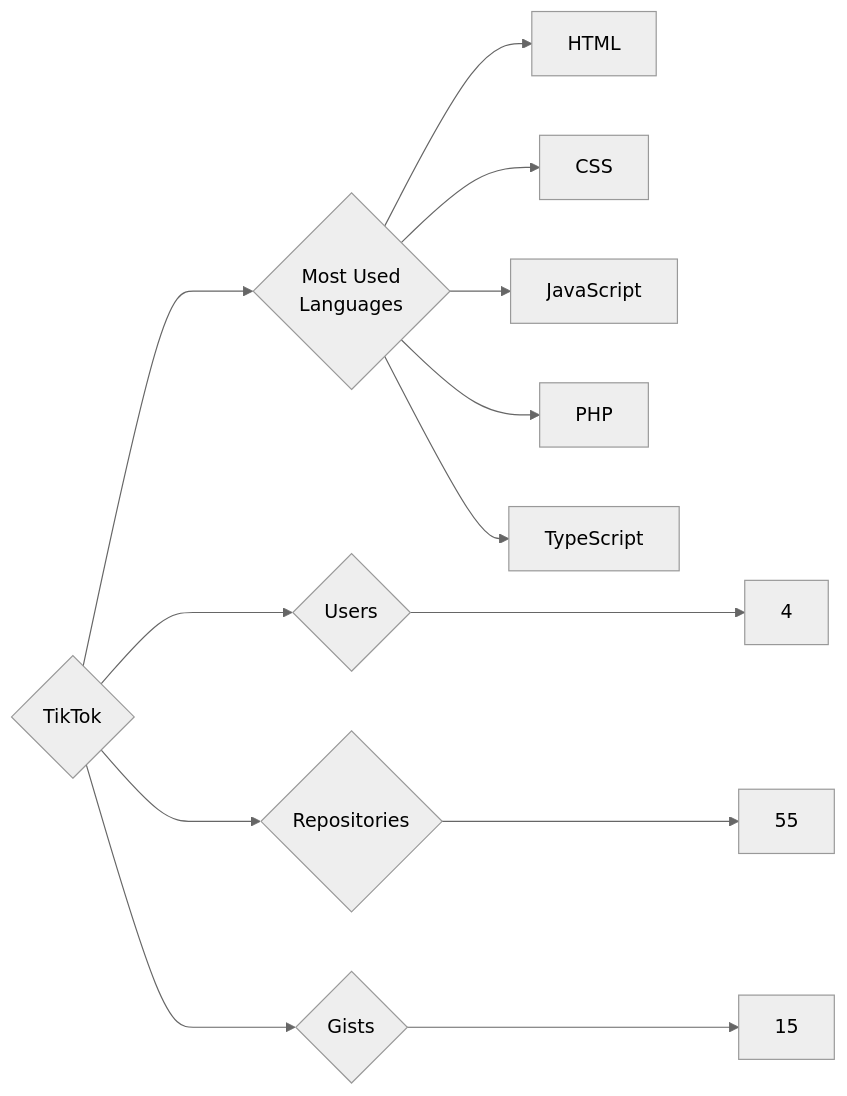
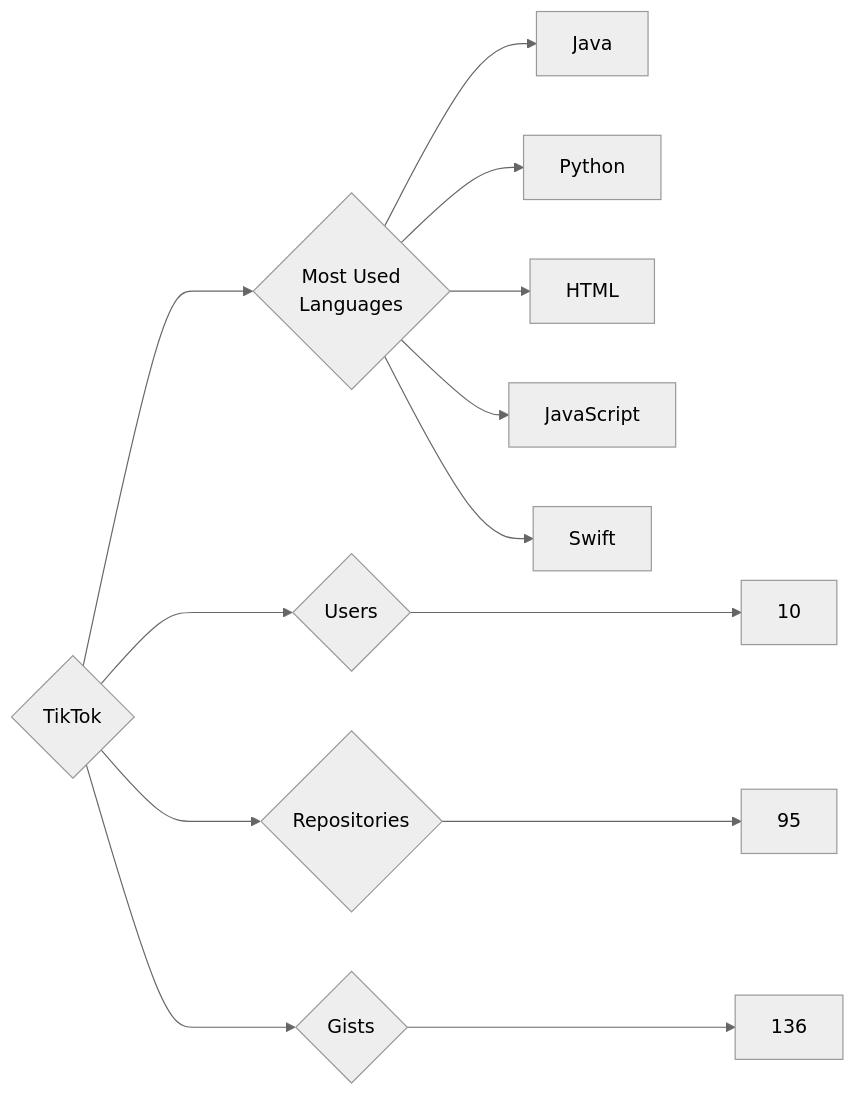
Before and after one commit to trickest/insiders: the diagram in targets/TikTok/README.md, drawn with Mermaid (neutral theme). The commit also changed 1496 other files, not shown here.

````diff
--- a/targets/TikTok/README.md
+++ b/targets/TikTok/README.md
@@ -3,13 +3,13 @@
 ```mermaid
 graph LR
 COMPANY_NAME{TikTok}
-COMPANY_NAME ---> U{Users} ---> UN[4]
-COMPANY_NAME ---> R{Repositories} ---> RN[55]
-COMPANY_NAME ---> G{Gists} ---> GN[15]
+COMPANY_NAME ---> U{Users} ---> UN[10]
+COMPANY_NAME ---> R{Repositories} ---> RN[95]
+COMPANY_NAME ---> G{Gists} ---> GN[136]
 COMPANY_NAME ---> ML{Most Used<br>Languages}
+ML --> Java[Java]
+ML --> Python[Python]
 ML --> HTML[HTML]
-ML --> CSS[CSS]
 ML --> JavaScript[JavaScript]
-ML --> PHP[PHP]
-ML --> TypeScript[TypeScript]
+ML --> Swift[Swift]
 ```
````
